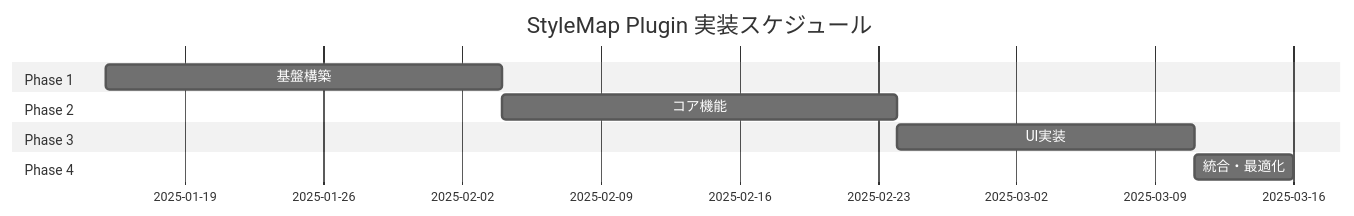
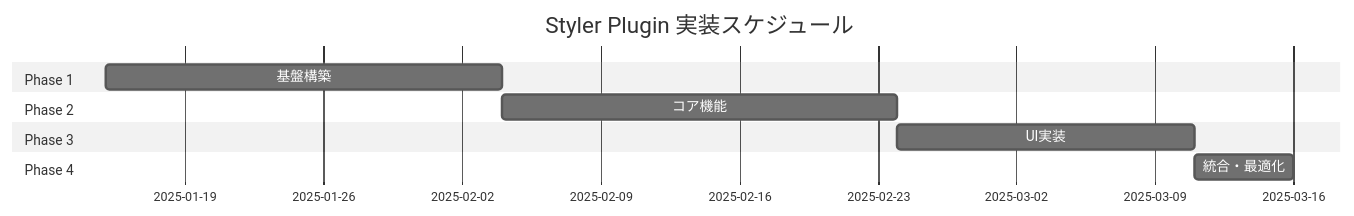
The first of 2 diagrams in docs/tasks/stylemap-overview.md (kubohiroya/hierarchidb), drawn with Mermaid (neutral theme) before and after one commit. The commit also changed other lines of this file and 267 other files, not shown here.

First line of the commit message:
refactor: rename stylemap-plugin to styler-plugin

````diff
--- a/docs/tasks/stylemap-overview.md
+++ b/docs/tasks/stylemap-overview.md
@@ -29,13 +29,13 @@
 ```mermaid
 gantt
-    title StyleMap Plugin 実装スケジュール
+    title Styler Plugin 実装スケジュール
     dateFormat  YYYY-MM-DD
     section Phase 1
     基盤構築           :phase1, 2025-01-15, 20d
     section Phase 2  
     コア機能           :phase2, after phase1, 20d
     section Phase 3
     UI実装            :phase3, after phase2, 15d
     section Phase 4
     統合・最適化       :phase4, after phase3, 5d
 ```
````
